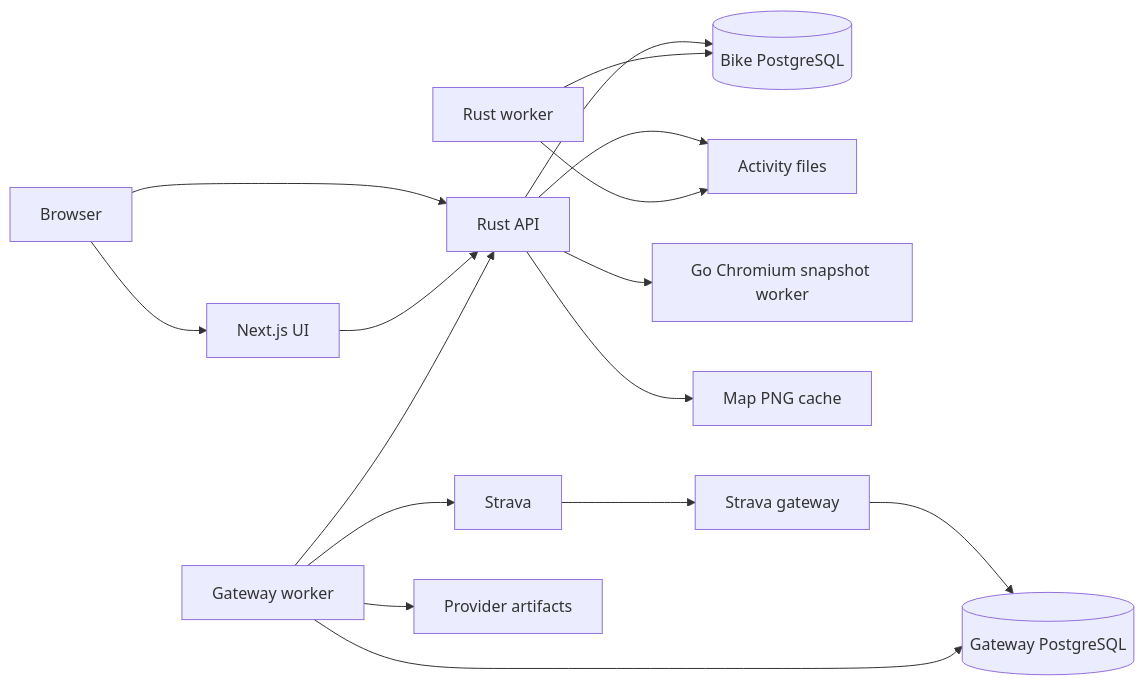
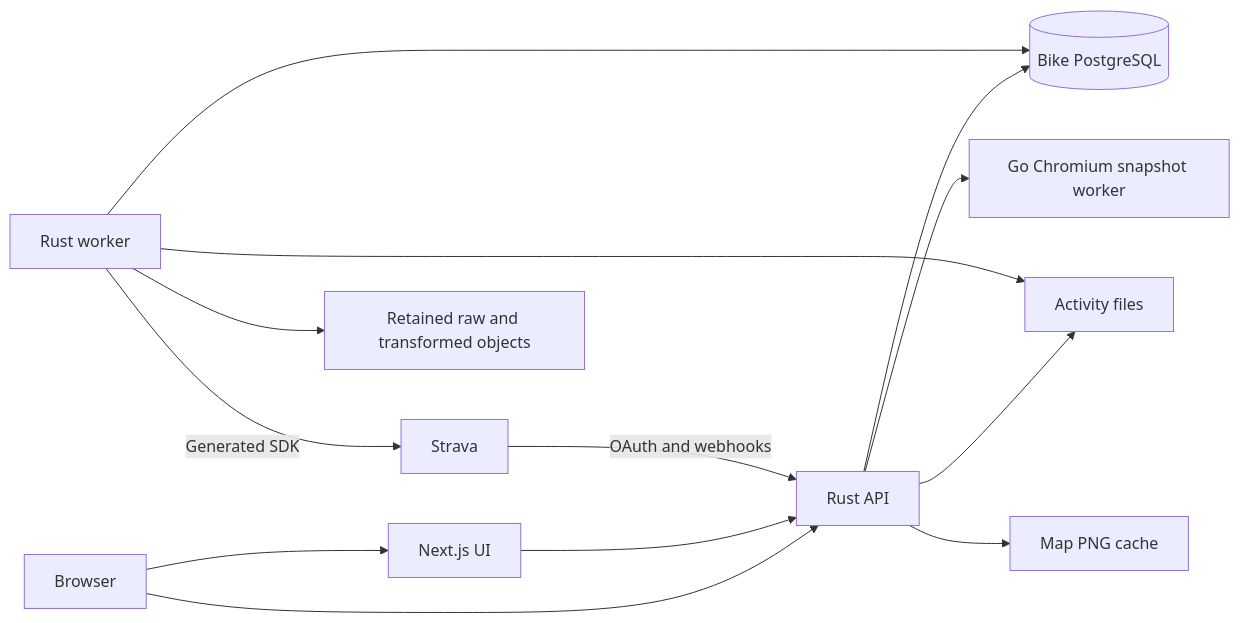
Before and after one commit to ericbutera/bike: the diagram in docs/architecture.md, drawn with Mermaid. The commit also changed other lines of this file and 235 other files, not shown here.

Commit message:
feat(strava): native Rust provider workflows

````diff
--- a/docs/architecture.md
+++ b/docs/architecture.md
@@ -9,18 +9,15 @@
 ```mermaid
 flowchart LR
     Browser[Browser] --> UI[Next.js UI]
     Browser --> API[Rust API]
     UI --> API
     API --> DB[(Bike PostgreSQL)]
     Worker[Rust worker] --> DB
     API --> Files[Activity files]
     Worker --> Files
     API --> Maps[Go Chromium snapshot worker]
     API --> MapCache[Map PNG cache]
-    Strava[Strava] --> Gateway[Strava gateway]
-    Gateway --> Inbox[(Gateway PostgreSQL)]
-    ProviderWorker[Gateway worker] --> Inbox
-    ProviderWorker --> Strava
-    ProviderWorker --> Artifacts[Provider artifacts]
-    ProviderWorker --> API
+    Strava[Strava] -->|OAuth and webhooks| API
+    Worker -->|Generated SDK| Strava
+    Worker --> ProviderObjects[Retained raw and transformed objects]
 ```
````
